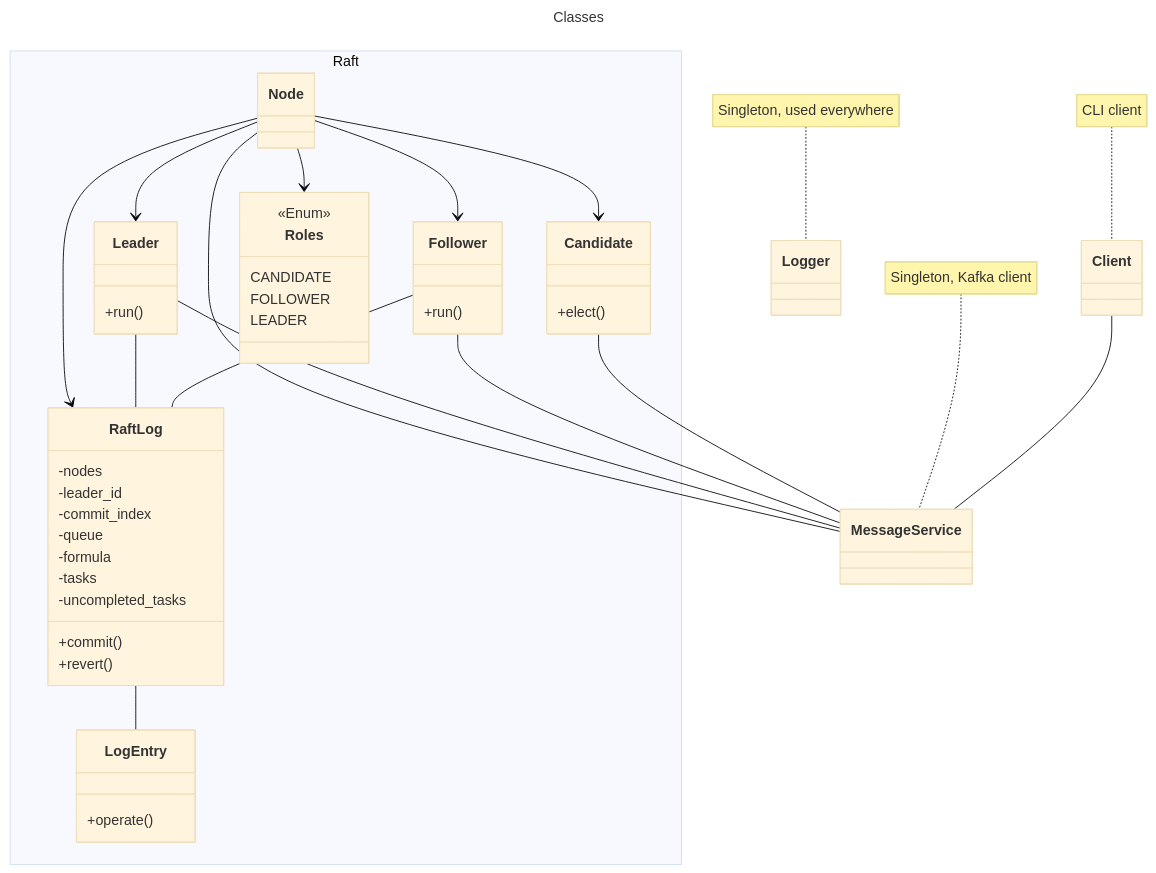
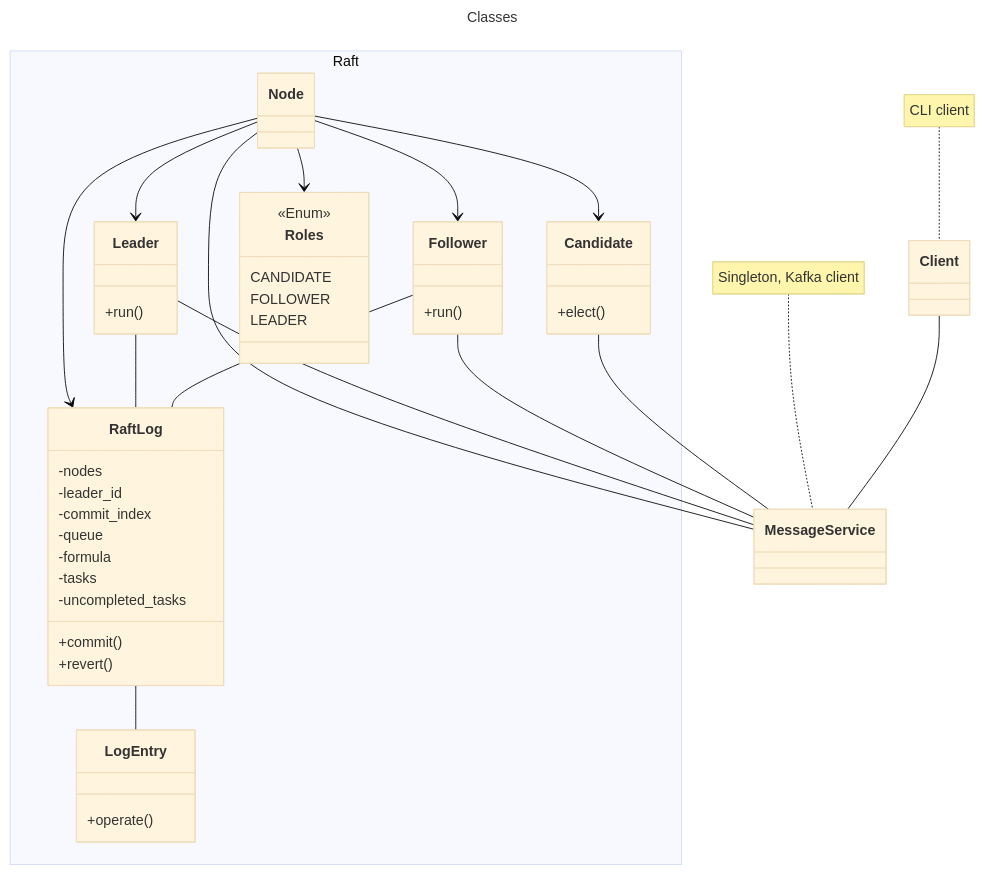
The first of 2 diagrams in docs/architecture.md (DS-project-2025-team/ds-project-2025), drawn with Mermaid (base theme) before and after one commit.

Commit message:
docs(architecture): Remove Logger

````diff
--- a/docs/architecture.md
+++ b/docs/architecture.md
@@ -3,69 +3,67 @@
 ```mermaid
 ---
 title: Classes
 ---
 classDiagram
 
 namespace Raft {
     class Node
 
     class Candidate {
         +elect()
     }
 
     class Leader {
         +run()
     }
 
     class Follower {
         +run()
     }
 
     class Roles {
         CANDIDATE
         FOLLOWER
         LEADER
     }
     class RaftLog {
         -nodes
         -leader_id
         -commit_index
         -queue
         -formula
         -tasks
         -uncompleted_tasks
 
         +commit()
         +revert()
     }
     class LogEntry {
         +operate()
     }
 }
 
 class MessageService
-class Logger
 class Client
 
-note for Logger "Singleton, used everywhere"
 note for MessageService "Singleton, Kafka client"
 note for Client "CLI client"
 
 <<Enum>> Roles
 Node --> Roles
 Node --> Candidate
 Node --> Leader
 Node --> Follower
 Node --> RaftLog
 Node -- MessageService
 
 Leader -- MessageService
 Follower -- MessageService
 Candidate -- MessageService
 Leader -- RaftLog
 Follower -- RaftLog
 
 RaftLog -- LogEntry
 
 Client -- MessageService
 ```
````
